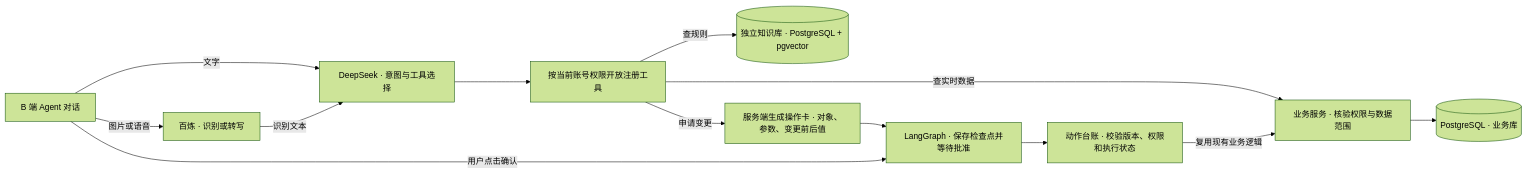
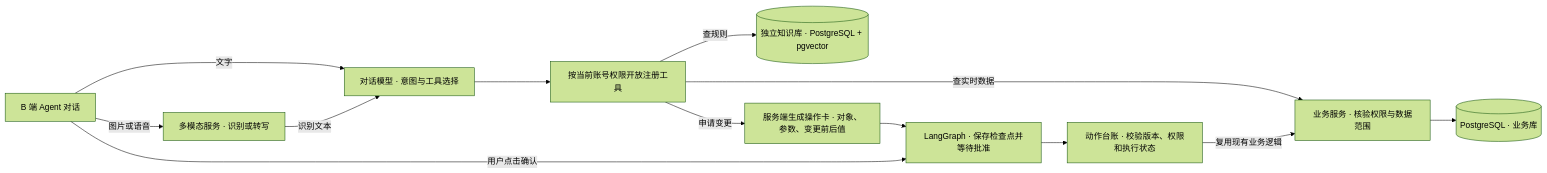
One commit to MMMMMrClown/commerce-assistant-showcase changed the second of 2 diagrams in README.md. Above: the diagram before and after it, drawn with Mermaid (forest theme). The commit also changed other lines of this file and 13 other files, not shown here.

````diff
--- a/README.md
+++ b/README.md
@@ -46,15 +80,15 @@
 ```mermaid
 flowchart LR
-    UI["B 端 Agent 对话"] -->|文字| Agent["DeepSeek · 意图与工具选择"]
-    UI -->|图片或语音| Input["百炼 · 识别或转写"]
+    UI["B 端 Agent 对话"] -->|文字| Agent["对话模型 · 意图与工具选择"]
+    UI -->|图片或语音| Input["多模态服务 · 识别或转写"]
     Input -->|识别文本| Agent
     Agent --> Tools["按当前账号权限开放注册工具"]
     Tools -->|查实时数据| API["业务服务 · 核验权限与数据范围"]
     Tools -->|查规则| KB[("独立知识库 · PostgreSQL + pgvector")]
     Tools -->|申请变更| Draft["服务端生成操作卡 · 对象、参数、变更前后值"]
     Draft --> Checkpoint["LangGraph · 保存检查点并等待批准"]
     UI -->|用户点击确认| Checkpoint
     Checkpoint --> Ledger["动作台账 · 校验版本、权限和执行状态"]
     Ledger -->|复用现有业务逻辑| API
     API --> DB[("PostgreSQL · 业务库")]
 ```
````
